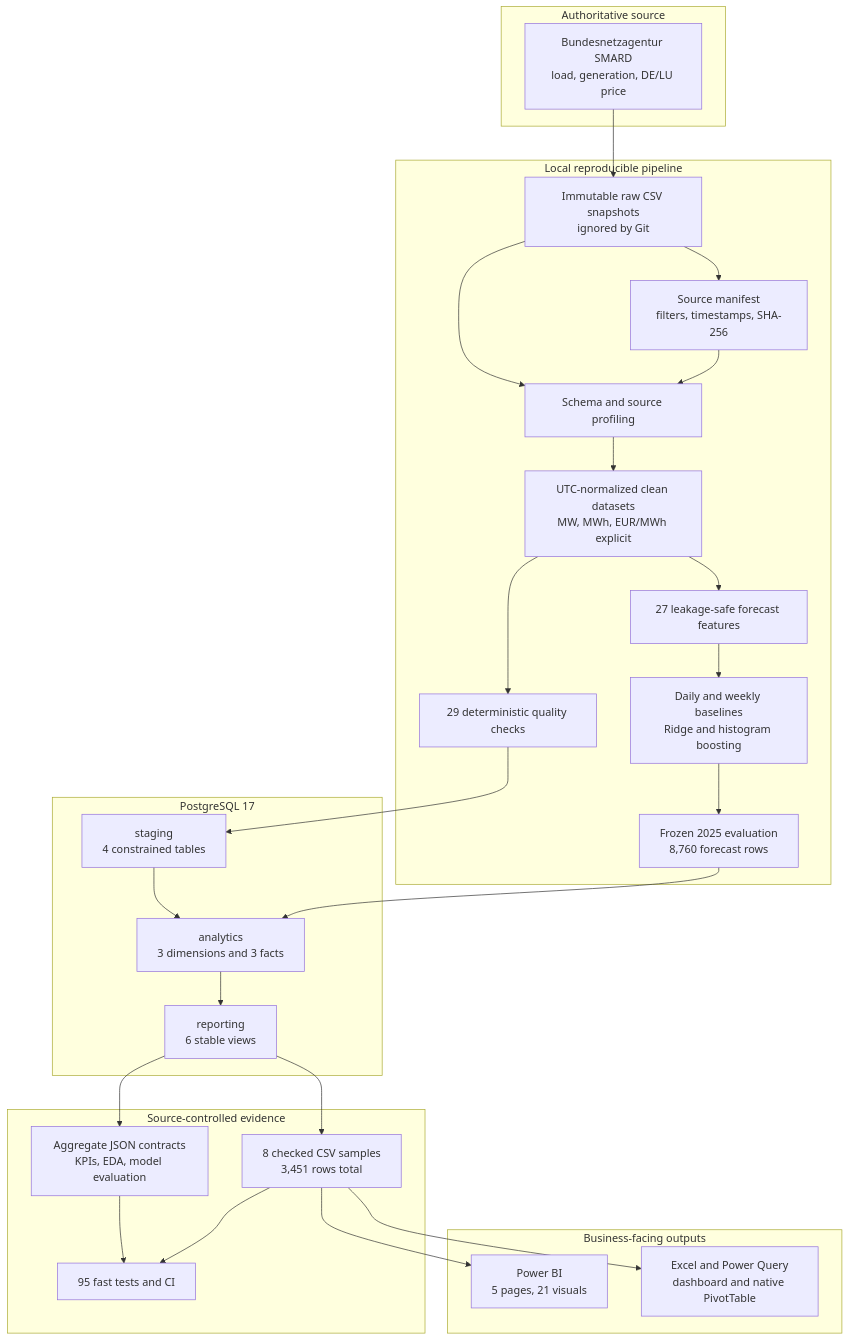
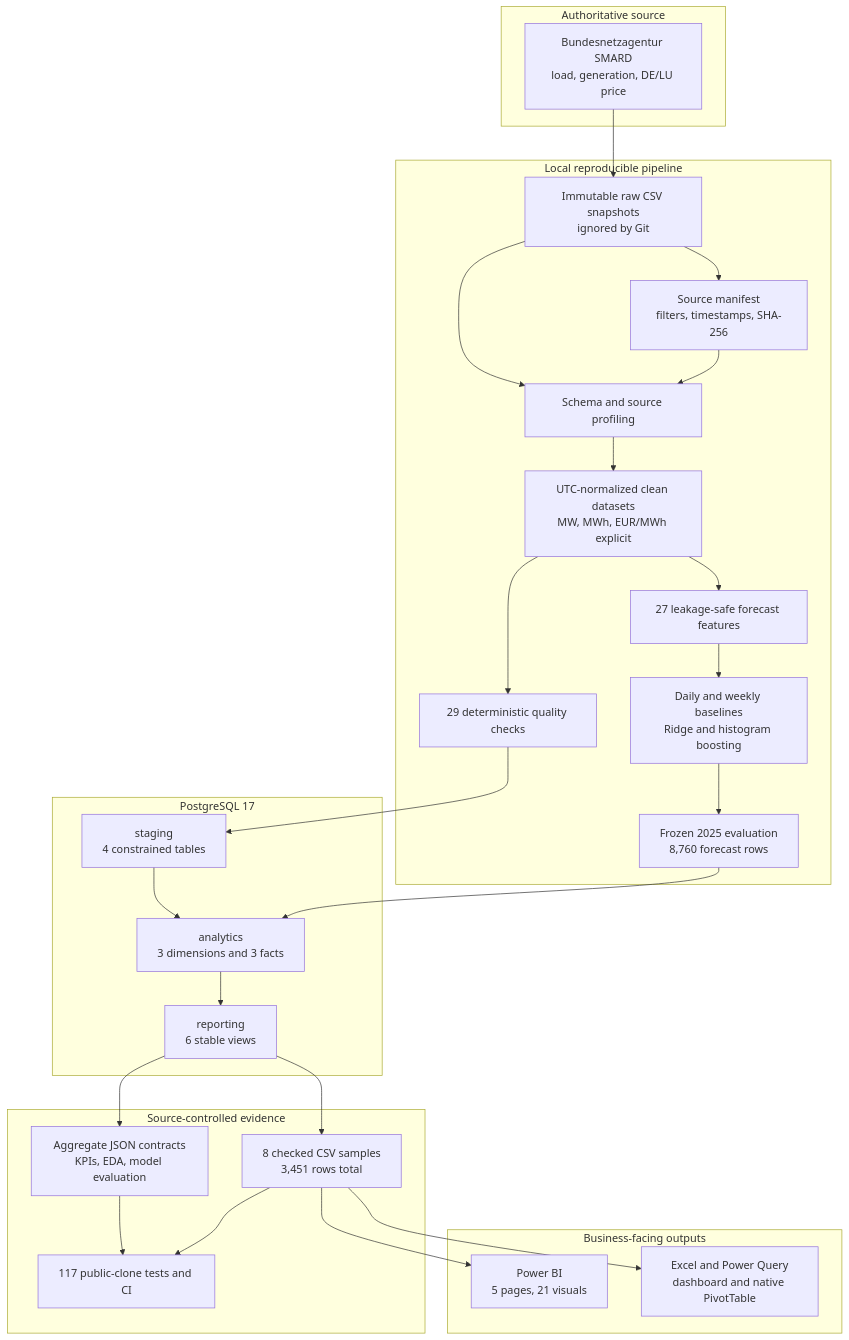
One commit to BpouyaJ/Gridsight changed the first of 2 diagrams in docs/architecture.md. Above: the diagram before and after it, drawn with Mermaid. The commit also changed other lines of this file and 45 other files, not shown here.

````diff
--- a/docs/architecture.md
+++ b/docs/architecture.md
@@ -10,54 +10,54 @@
 ```mermaid
 flowchart TB
     subgraph source["Authoritative source"]
         SMARD["Bundesnetzagentur SMARD<br/>load, generation, DE/LU price"]
     end
 
     subgraph local["Local reproducible pipeline"]
         RAW["Immutable raw CSV snapshots<br/>ignored by Git"]
         MANIFEST["Source manifest<br/>filters, timestamps, SHA-256"]
         PROFILE["Schema and source profiling"]
         CLEAN["UTC-normalized clean datasets<br/>MW, MWh, EUR/MWh explicit"]
         QUALITY["29 deterministic quality checks"]
         FEATURES["27 leakage-safe forecast features"]
         MODELS["Daily and weekly baselines<br/>Ridge and histogram boosting"]
         FINAL["Frozen 2025 evaluation<br/>8,760 forecast rows"]
     end
 
     subgraph postgres["PostgreSQL 17"]
         STAGING["staging<br/>4 constrained tables"]
         STAR["analytics<br/>3 dimensions and 3 facts"]
         VIEWS["reporting<br/>6 stable views"]
     end
 
     subgraph public["Source-controlled evidence"]
         REPORTS["Aggregate JSON contracts<br/>KPIs, EDA, model evaluation"]
         SAMPLES["8 checked CSV samples<br/>3,451 rows total"]
-        TESTS["95 fast tests and CI"]
+        TESTS["117 public-clone tests and CI"]
     end
 
     subgraph presentation["Business-facing outputs"]
         PBI["Power BI<br/>5 pages, 21 visuals"]
         EXCEL["Excel and Power Query<br/>dashboard and native PivotTable"]
     end
 
     SMARD --> RAW
     RAW --> MANIFEST
     RAW --> PROFILE
     MANIFEST --> PROFILE
     PROFILE --> CLEAN
     CLEAN --> QUALITY
     QUALITY --> STAGING
     STAGING --> STAR
     STAR --> VIEWS
     CLEAN --> FEATURES
     FEATURES --> MODELS
     MODELS --> FINAL
     FINAL --> STAR
     VIEWS --> REPORTS
     VIEWS --> SAMPLES
     REPORTS --> TESTS
     SAMPLES --> TESTS
     SAMPLES --> PBI
     SAMPLES --> EXCEL
 ```
````
